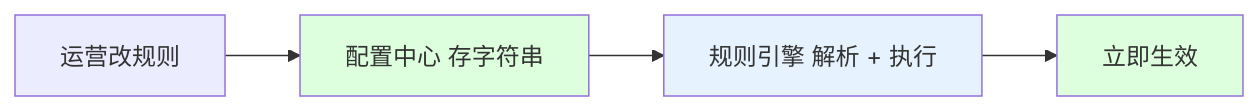
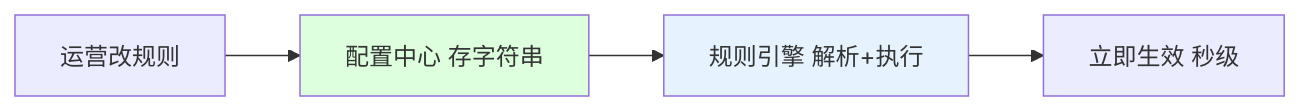
One commit to chongyang211/YCBookBlog changed the third of 8 diagrams in docs/08.编程/03.巧学设计模式/23.解释器模式设计思想.md. Above: the diagram before and after it, drawn with Mermaid. The commit also changed other lines of this file and 13 other files, not shown here.

````diff
--- a/docs/08.编程/03.巧学设计模式/23.解释器模式设计思想.md
+++ b/docs/08.编程/03.巧学设计模式/23.解释器模式设计思想.md
@@ -123,9 +150,8 @@
 ```mermaid
 flowchart LR
     O[运营改规则] --> Cfg[配置中心 存字符串]
-    Cfg --> Eng[规则引擎 解析 + 执行]
-    Eng --> Online[立即生效]
+    Cfg --> Eng[规则引擎 解析+执行]
+    Eng --> Online[立即生效 秒级]
     style Cfg fill:#dfd
     style Eng fill:#e6f3ff
-    style Online fill:#dfd
 ```
````
